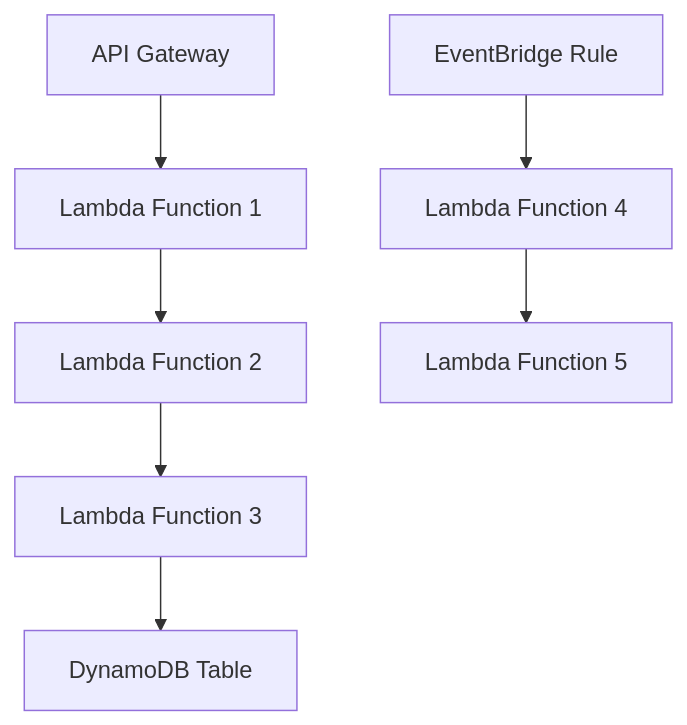
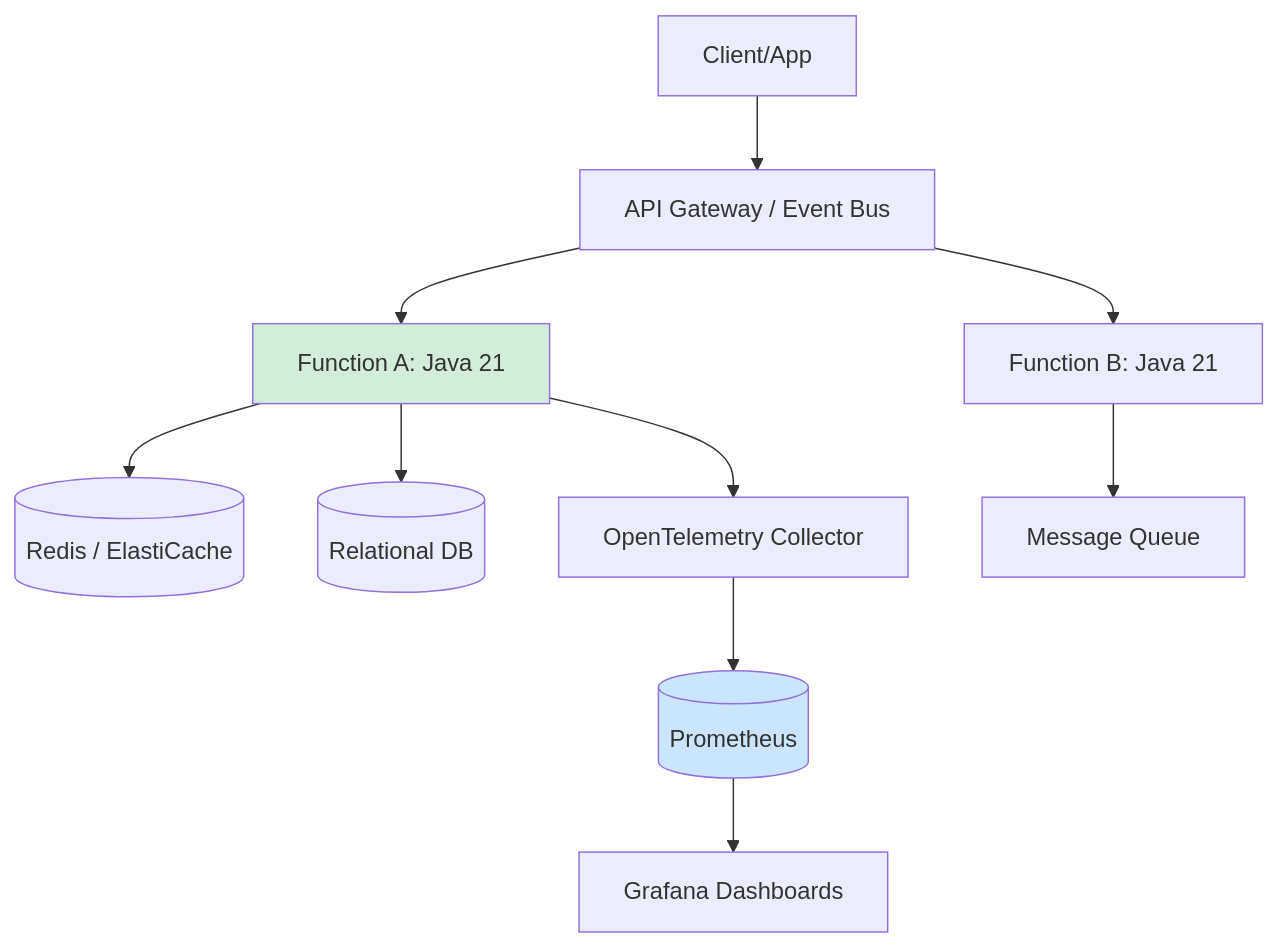
Before and after one commit to Joaquinriosheredia/DAM-Java-Mastery: the first of 8 diagrams in _Review/arquitectura_serverless_enterprise/arquitectura_serverless_enterprise.md, drawn with Mermaid. The commit also changed other lines of this file, not shown here.

Commit message:
Arquitectura Serverless Enterprise con Java 21

````diff
--- a/_Review/arquitectura_serverless_enterprise/arquitectura_serverless_enterprise.md
+++ b/_Review/arquitectura_serverless_enterprise/arquitectura_serverless_enterprise.md
@@ -473,10 +54,14 @@
 ```mermaid
 graph TD
-    A[API Gateway] --> B[Lambda Function 1]
-    B --> C[Lambda Function 2]
-    C --> D[Lambda Function 3]
-    D --> E[DynamoDB Table]
-
-    F[EventBridge Rule] --> G[Lambda Function 4]
-    G --> H[Lambda Function 5]
+    CLIENT[Client/App] --> GW[API Gateway / Event Bus]
+    GW --> FN1[Function A: Java 21]
+    GW --> FN2[Function B: Java 21]
+    FN1 --> CACHE[(Redis / ElastiCache)]
+    FN1 --> DB[(Relational DB)]
+    FN2 --> QUEUE[Message Queue]
+    FN1 --> OTEL[OpenTelemetry Collector]
+    OTEL --> PROM[(Prometheus)]
+    PROM --> GRAF[Grafana Dashboards]
+    style FN1 fill:#d4edda
+    style PROM fill:#cce5ff
 ```
````
